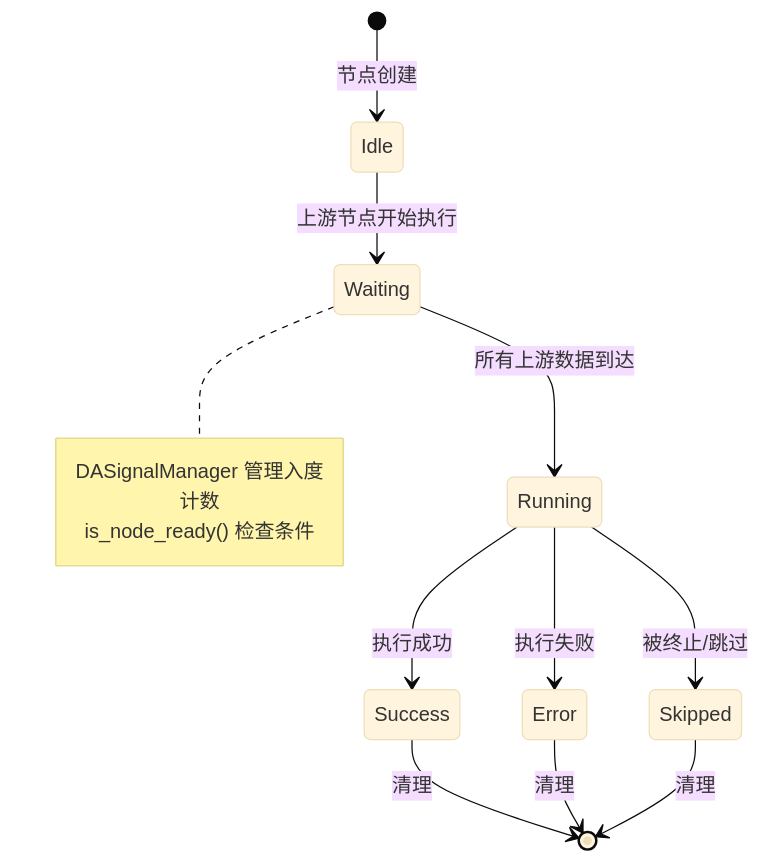
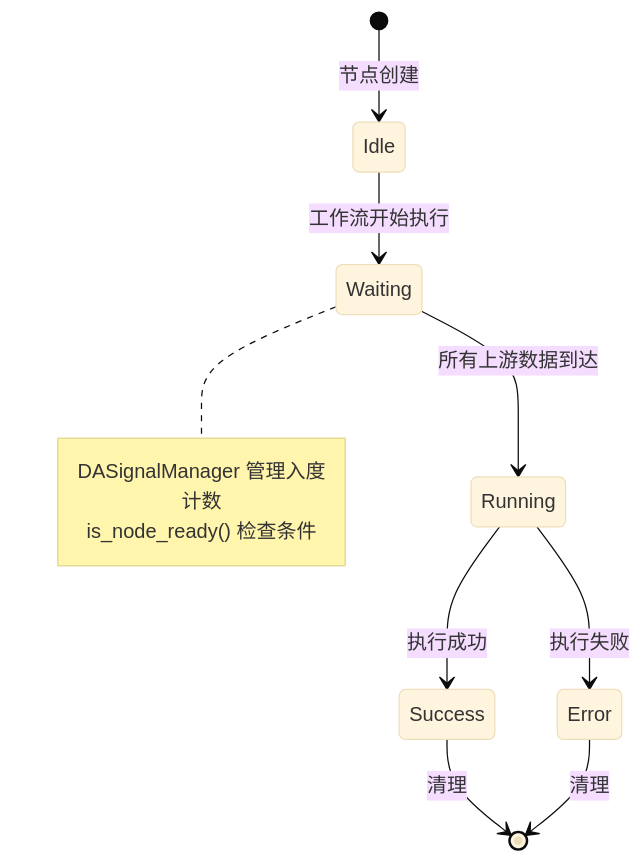
The third of 3 diagrams in docs/zh/dev-guide/workflow/workflow-lifecycle.md (czyt1988/data-workbench), drawn with Mermaid (base theme) before and after one commit. The commit also changed other lines of this file and 55 other files, not shown here.

````diff
--- a/docs/zh/dev-guide/workflow/workflow-lifecycle.md
+++ b/docs/zh/dev-guide/workflow/workflow-lifecycle.md
@@ -475,17 +481,15 @@
 ```mermaid
 stateDiagram-v2
     [*] --> Idle: 节点创建
-    Idle --> Waiting: 上游节点开始执行
+    Idle --> Waiting: 工作流开始执行
     Waiting --> Running: 所有上游数据到达
     Running --> Success: 执行成功
     Running --> Error: 执行失败
-    Running --> Skipped: 被终止/跳过
     Success --> [*]: 清理
     Error --> [*]: 清理
-    Skipped --> [*]: 清理
 
     note right of Waiting
         DASignalManager 管理入度计数
         is_node_ready() 检查条件
     end note
 ```
````
